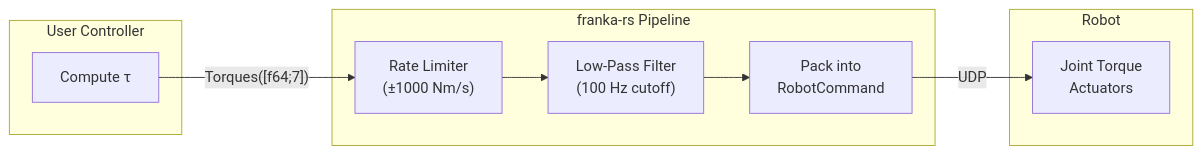
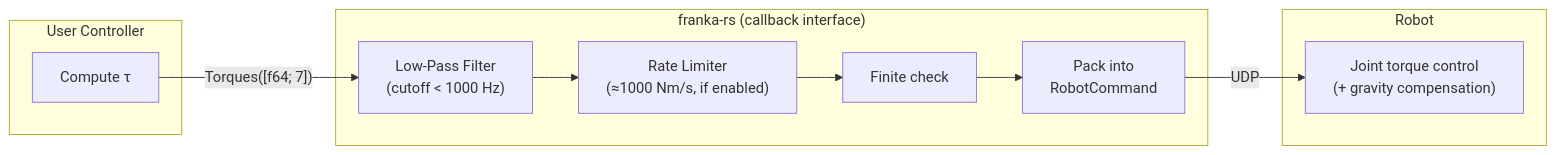
One commit to ColeTen/franka-rs changed the diagram in docs/src/torque-control.md. Above: the diagram before and after it, drawn with Mermaid. The commit also changed other lines of this file and 43 other files, not shown here.

````diff
--- a/docs/src/torque-control.md
+++ b/docs/src/torque-control.md
@@ -67,21 +81,23 @@
 ```mermaid
 flowchart LR
     subgraph "User Controller"
         CTRL[Compute τ]
     end
 
-    subgraph "franka-rs Pipeline"
-        RL["Rate Limiter<br/>(±1000 Nm/s)"]
-        LP["Low-Pass Filter<br/>(100 Hz cutoff)"]
+    subgraph "franka-rs (callback interface)"
+        LP["Low-Pass Filter<br/>(cutoff < 1000 Hz)"]
+        RL["Rate Limiter<br/>(≈1000 Nm/s, if enabled)"]
+        FIN["Finite check"]
         CMD["Pack into<br/>RobotCommand"]
     end
 
     subgraph "Robot"
-        JOINT["Joint Torque<br/>Actuators"]
+        JOINT["Joint torque control<br/>(+ gravity compensation)"]
     end
 
-    CTRL -->|"Torques([f64;7])"| RL
-    RL --> LP
-    LP --> CMD
+    CTRL -->|"Torques([f64; 7])"| LP
+    LP --> RL
+    RL --> FIN
+    FIN --> CMD
     CMD -->|UDP| JOINT
 ```
````
